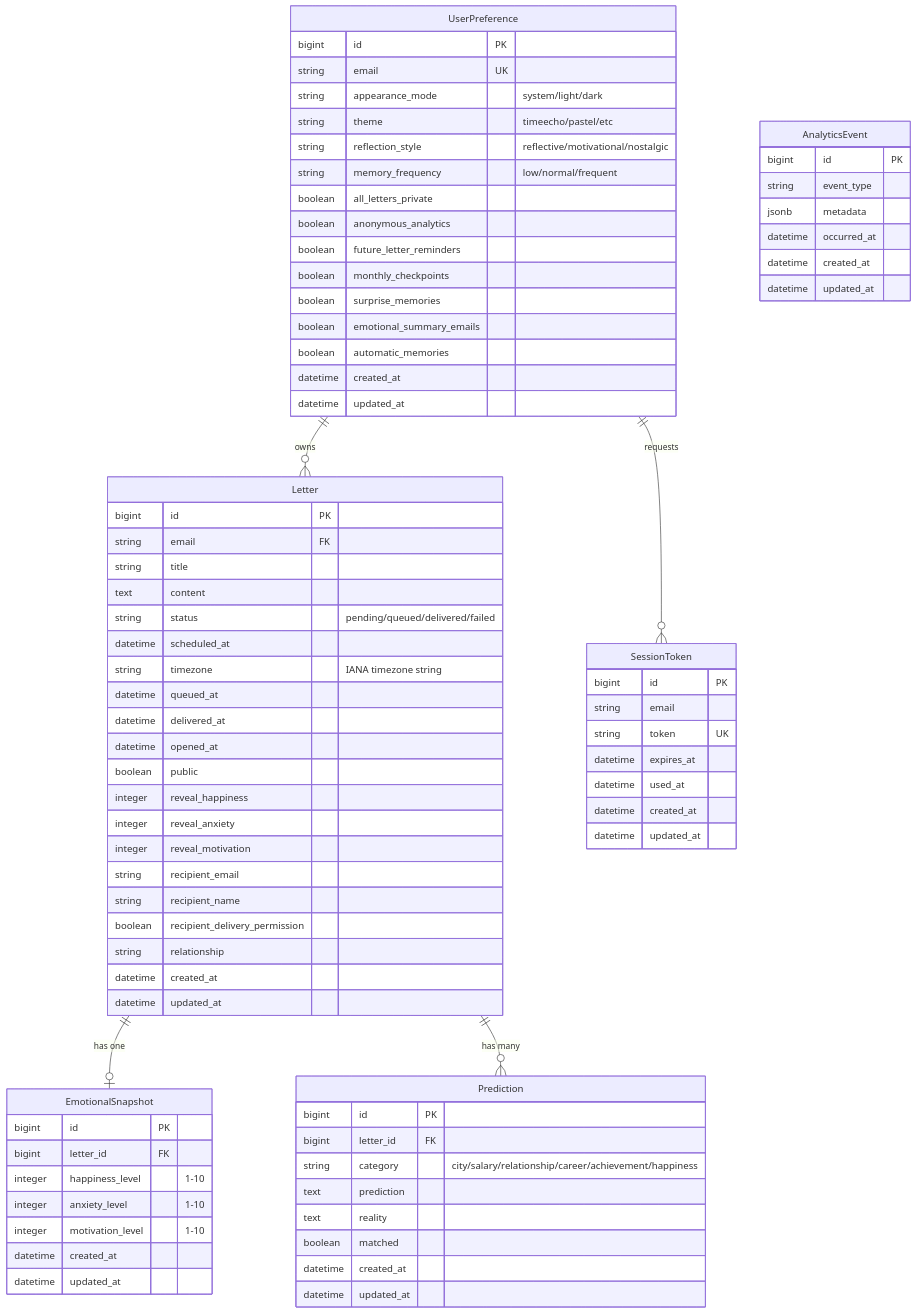
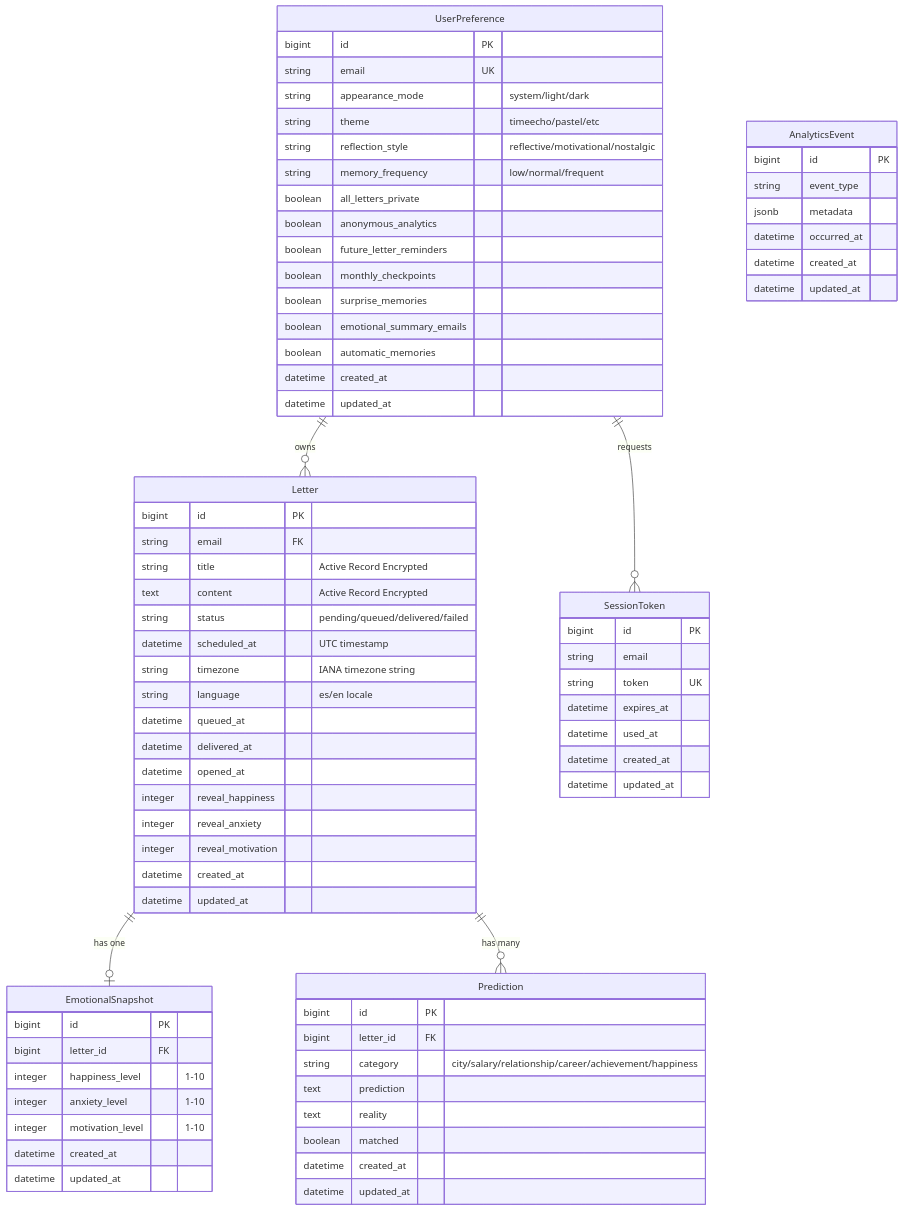
The third of 6 diagrams in docs/architecture.md (nmenag/time_echo), drawn with Mermaid before and after one commit. The commit also changed other lines of this file and 24 other files, not shown here.

```diff
--- a/docs/architecture.md
+++ b/docs/architecture.md
@@ -181,22 +195,18 @@
     Letter {
         bigint id PK
         string email FK
-        string title
-        text content
+        string title "Active Record Encrypted"
+        text content "Active Record Encrypted"
         string status "pending/queued/delivered/failed"
-        datetime scheduled_at
+        datetime scheduled_at "UTC timestamp"
         string timezone "IANA timezone string"
+        string language "es/en locale"
         datetime queued_at
         datetime delivered_at
         datetime opened_at
-        boolean public
         integer reveal_happiness
         integer reveal_anxiety
         integer reveal_motivation
-        string recipient_email
-        string recipient_name
-        boolean recipient_delivery_permission
-        string relationship
         datetime created_at
         datetime updated_at
     }
```
